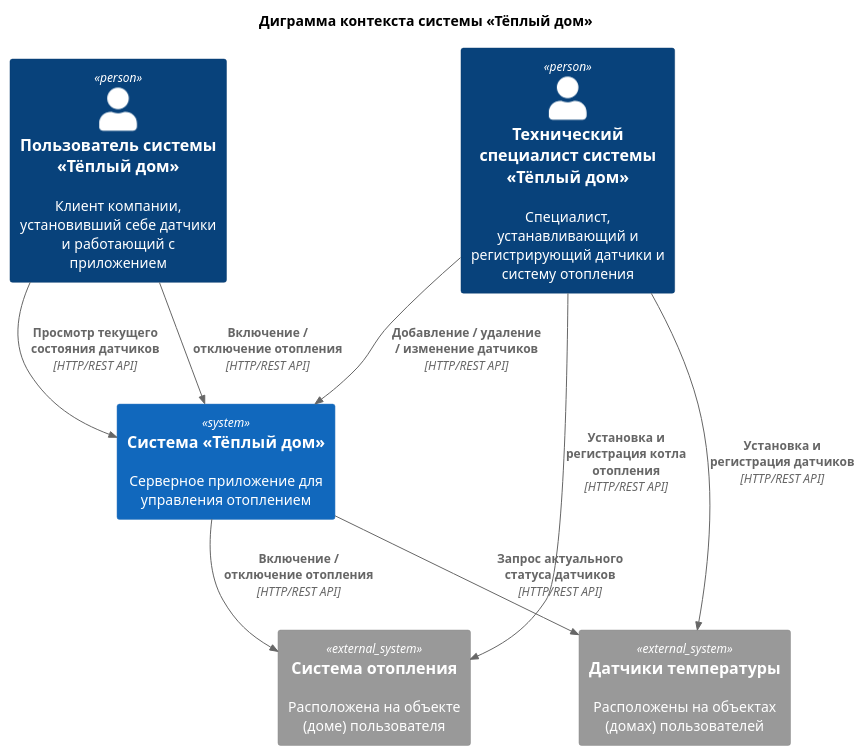
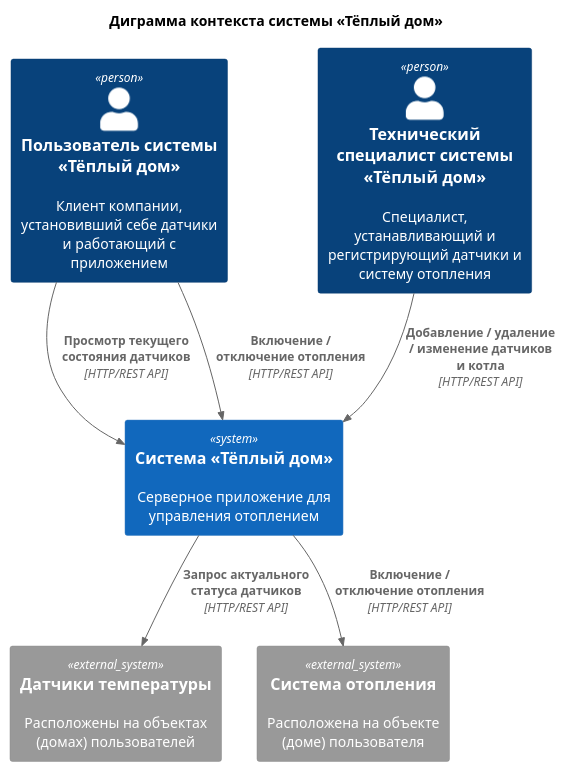
The diagram in schemas/context/WarmHouse_Context.puml (tachkovsa/architecture-pro-warmhouse), drawn with PlantUML before and after one commit. The commit also changed 4 other files, not shown here.

```diff
--- a/schemas/context/WarmHouse_Context.puml
+++ b/schemas/context/WarmHouse_Context.puml
@@ -1,23 +1,21 @@
 @startuml C4 Context
-!include C4_Context.puml
+!include https://raw.githubusercontent.com/plantuml-stdlib/C4-PlantUML/master/C4_Context.puml
 
 title Диграмма контекста системы «Тёплый дом»
 
 Person(customer, "Пользователь системы «Тёплый дом»", "Клиент компании, установивший себе датчики и работающий с приложением")
 Person(technicalStaff, "Технический специалист системы «Тёплый дом»", "Специалист, устанавливающий и регистрирующий датчики и систему отопления")
 
 System(warmHouse, "Система «Тёплый дом»", "Серверное приложение для управления отоплением")
 System_Ext(sensors, "Датчики температуры", "Расположены на объектах (домах) пользователей")
 System_Ext(kettle, "Система отопления", "Расположена на объекте (доме) пользователя")
 
 Rel(customer, warmHouse, "Просмотр текущего состояния датчиков", "HTTP/REST API")
 Rel(customer, warmHouse, "Включение / отключение отопления", "HTTP/REST API")
 
-Rel(technicalStaff, warmHouse, "Добавление / удаление / изменение датчиков", "HTTP/REST API")
-Rel(technicalStaff, sensors, "Установка и регистрация датчиков", "HTTP/REST API")
-Rel(technicalStaff, kettle, "Установка и регистрация котла отопления", "HTTP/REST API")
+Rel(technicalStaff, warmHouse, "Добавление / удаление / изменение датчиков и котла", "HTTP/REST API")
 
 Rel(warmHouse, sensors, "Запрос актуального статуса датчиков", "HTTP/REST API")
 Rel(warmHouse, kettle, "Включение / отключение отопления", "HTTP/REST API")
 
 @enduml
```
